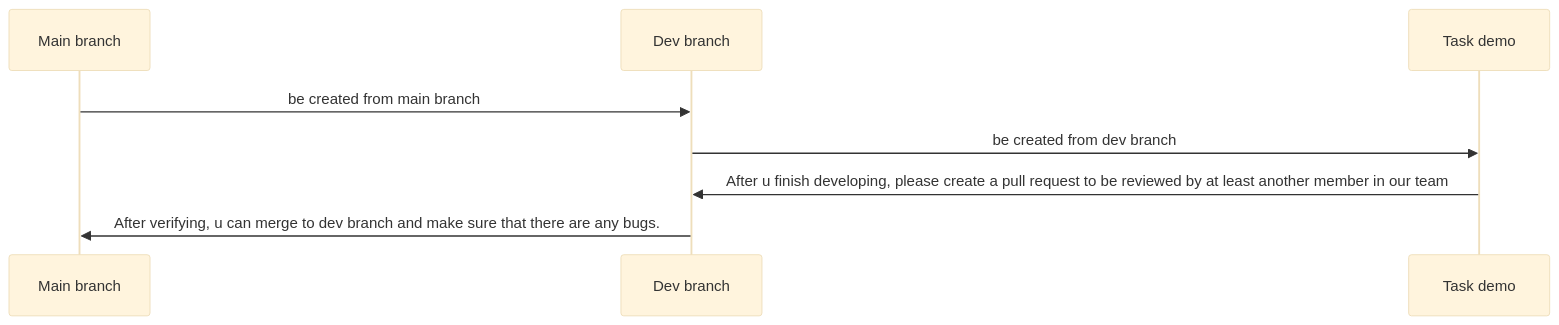
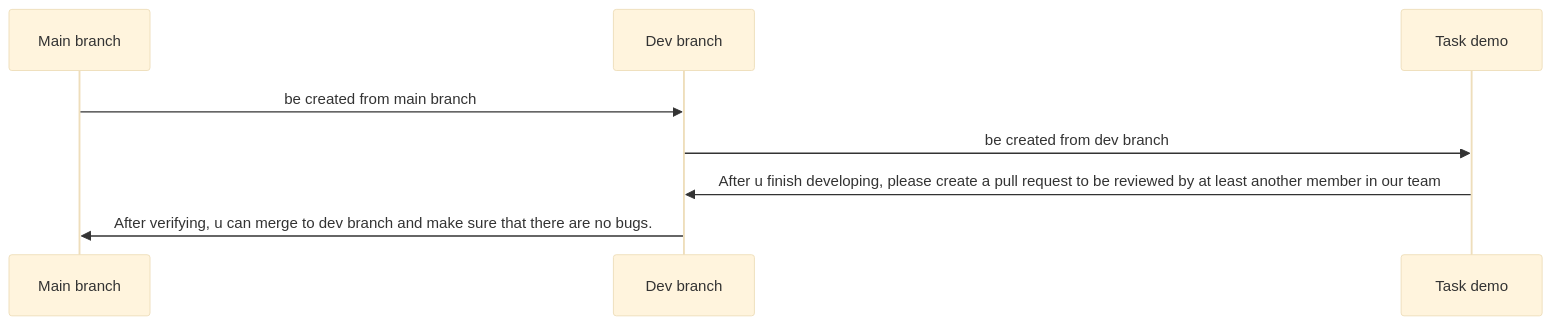
The diagram in README.md (thaihiepnguyen/Math2-AR-UnityGame), drawn with Mermaid (base theme) before and after one commit.

Commit message:
setup: edit readme

````diff
--- a/README.md
+++ b/README.md
@@ -21,10 +21,10 @@
 ```mermaid
 sequenceDiagram
     participant Main branch
     participant Dev branch
     participant Task demo
     Main branch->>Dev branch: be created from main branch
     Dev branch->>Task demo: be created from dev branch
     Task demo->> Dev branch: After u finish developing, please create a pull request to be reviewed by at least another member in our team
-    Dev branch->> Main branch: After verifying, u can merge to dev branch and make sure that there are any bugs.
+    Dev branch->> Main branch: After verifying, u can merge to dev branch and make sure that there are no bugs.
 ```
````
